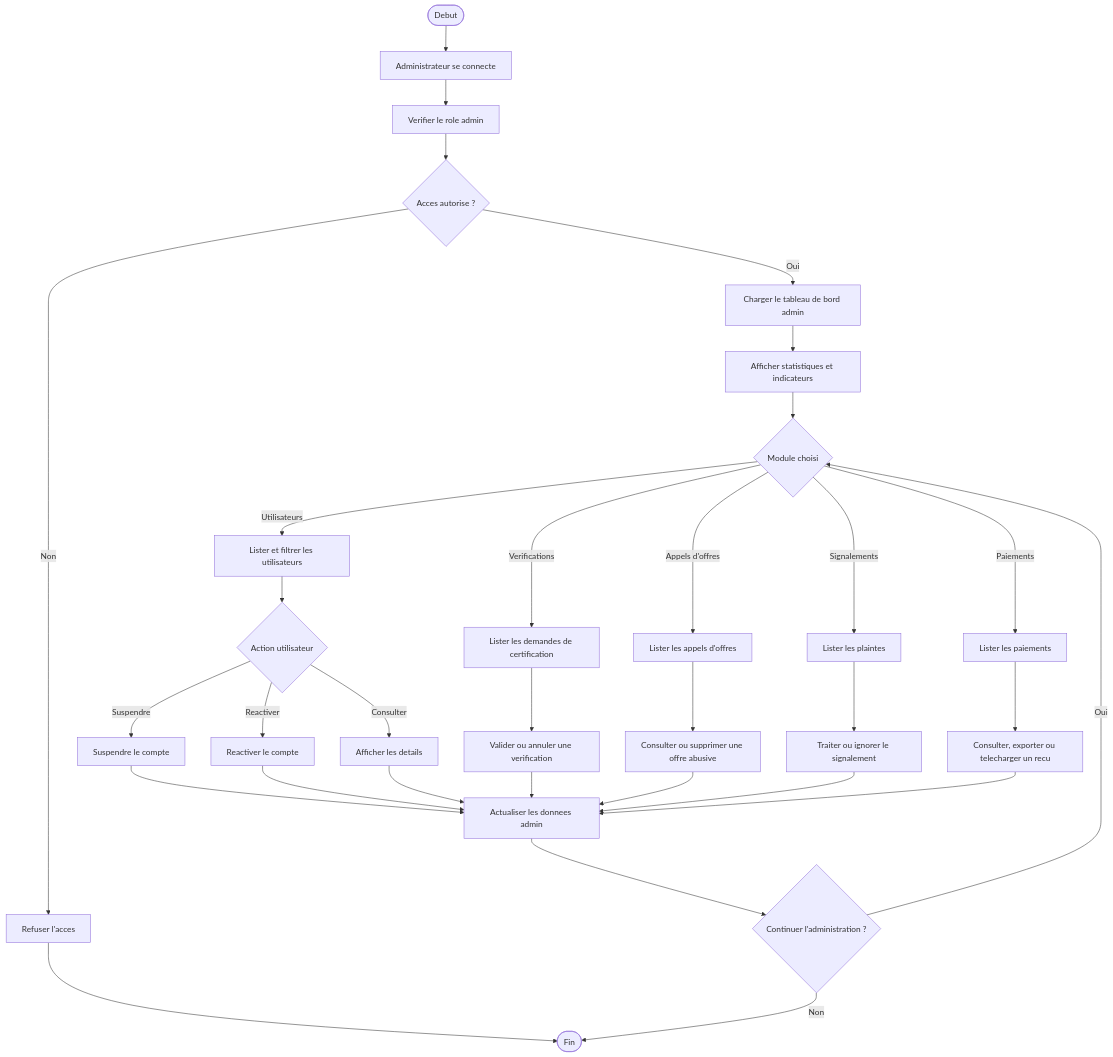
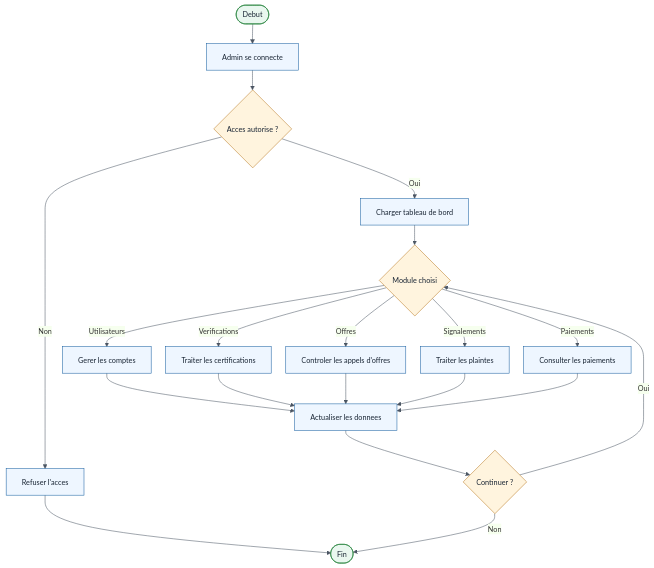
Before and after one commit to Exauce13/fya-front-end: diagram 12 of 12 in UML/diagrammes-activites.md, drawn with Mermaid. The commit also changed other lines of this file and 104 other files, not shown here.

````diff
--- a/UML/diagrammes-activites.md
+++ b/UML/diagrammes-activites.md
@@ -313,41 +412,35 @@
 ```mermaid
+%%{init: {"theme": "base", "themeVariables": {"fontFamily": "Arial", "fontSize": "14px", "primaryColor": "#EEF6FF", "primaryBorderColor": "#145DA0", "lineColor": "#4B5563", "textColor": "#182433"}, "flowchart": {"curve": "basis", "nodeSpacing": 28, "rankSpacing": 38}}}%%
 flowchart TD
-    A([Debut]) --> B[Administrateur se connecte]
-    B --> C[Verifier le role admin]
-    C --> D{Acces autorise ?}
-    D -- Non --> E[Refuser l'acces]
-    E --> Z([Fin])
+    A([Debut]) --> B[Admin se connecte]
+    B --> C{Acces autorise ?}
 
-    D -- Oui --> F[Charger le tableau de bord admin]
-    F --> G[Afficher statistiques et indicateurs]
-    G --> H{Module choisi}
+    C -- Non --> D[Refuser l'acces]
+    D --> Z([Fin])
 
-    H -- Utilisateurs --> I[Lister et filtrer les utilisateurs]
-    I --> J{Action utilisateur}
-    J -- Suspendre --> K[Suspendre le compte]
-    J -- Reactiver --> L[Reactiver le compte]
-    J -- Consulter --> M[Afficher les details]
+    C -- Oui --> E[Charger tableau de bord]
+    E --> F{Module choisi}
 
-    H -- Verifications --> N[Lister les demandes de certification]
-    N --> O[Valider ou annuler une verification]
+    F -- Utilisateurs --> G[Gerer les comptes]
+    F -- Verifications --> H[Traiter les certifications]
+    F -- Offres --> I[Controler les appels d'offres]
+    F -- Signalements --> J[Traiter les plaintes]
+    F -- Paiements --> K[Consulter les paiements]
 
-    H -- Appels d'offres --> P[Lister les appels d'offres]
-    P --> Q[Consulter ou supprimer une offre abusive]
+    G --> L[Actualiser les donnees]
+    H --> L
+    I --> L
+    J --> L
+    K --> L
 
-    H -- Signalements --> R[Lister les plaintes]
-    R --> S[Traiter ou ignorer le signalement]
+    L --> M{Continuer ?}
+    M -- Oui --> F
+    M -- Non --> Z
 
-    H -- Paiements --> T[Lister les paiements]
-    T --> U[Consulter, exporter ou telecharger un recu]
-
-    K --> V[Actualiser les donnees admin]
-    L --> V
-    M --> V
-    O --> V
-    Q --> V
-    S --> V
-    U --> V
-    V --> W{Continuer l'administration ?}
-    W -- Oui --> H
-    W -- Non --> Z
+    classDef start fill:#E9F7EF,stroke:#1E7E34,color:#182433,font-size:14px
+    classDef action fill:#EEF6FF,stroke:#145DA0,color:#182433,font-size:14px
+    classDef decision fill:#FFF4DE,stroke:#B7791F,color:#182433,font-size:14px
+    class A,Z start
+    class B,D,E,G,H,I,J,K,L action
+    class C,F,M decision
 ```
````
